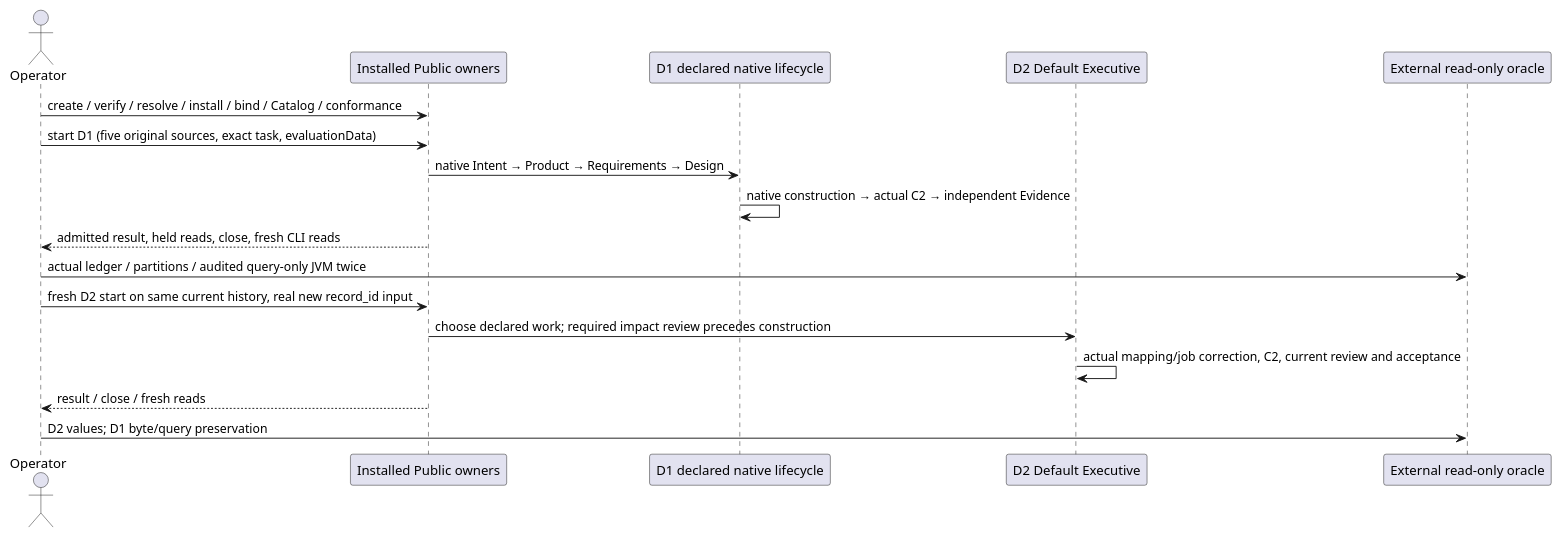
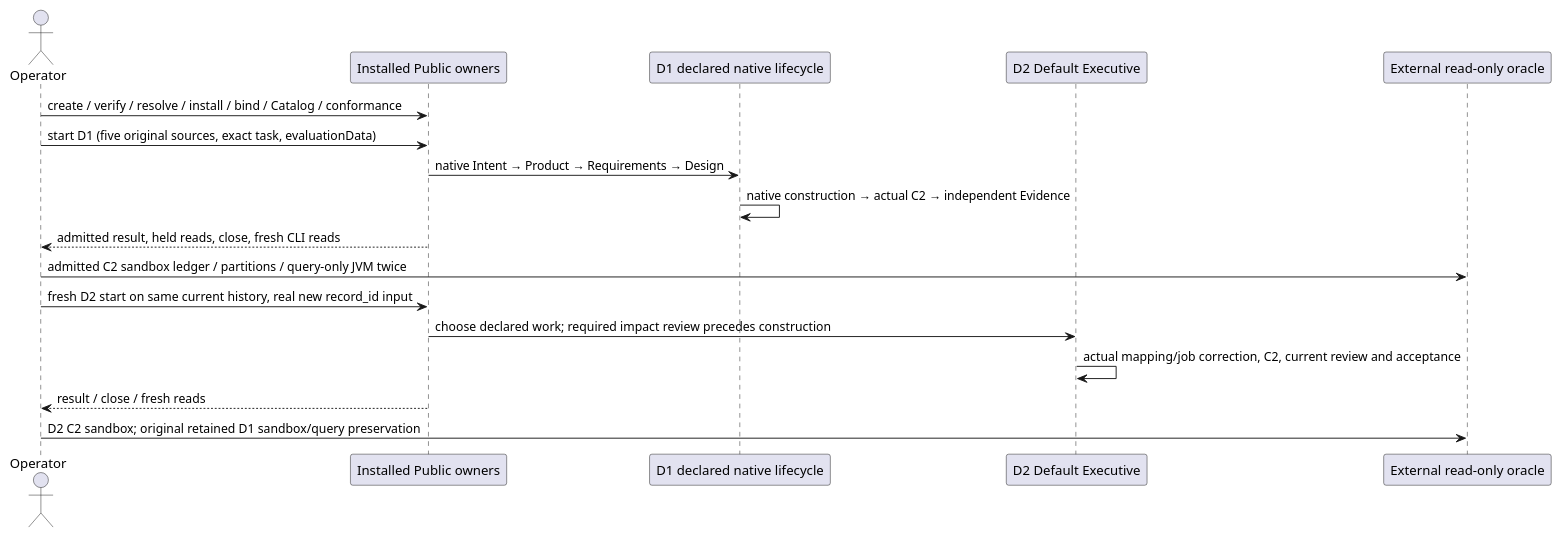
One commit to foolishimp/abiogenesis changed the diagram in .ai-workspace/work/T287_RELEASE_RESUMPTION_01/rc14-release-gap-01/integration-01/s06-preparation-01/README.md. Above: the diagram before and after it, drawn with PlantUML. The commit also changed other lines of this file and 11 other files, not shown here.

Commit message:
fix(controls): bind S06 inputs and admitted C2 sandbox evidence

````diff
--- a/.ai-workspace/work/T287_RELEASE_RESUMPTION_01/rc14-release-gap-01/integration-01/s06-preparation-01/README.md
+++ b/.ai-workspace/work/T287_RELEASE_RESUMPTION_01/rc14-release-gap-01/integration-01/s06-preparation-01/README.md
@@ -53,20 +53,20 @@
 ```plantuml
 @startuml
 actor Operator
 participant "Installed Public owners" as Public
 participant "D1 declared native lifecycle" as D1
 participant "D2 Default Executive" as D2
 participant "External read-only oracle" as Proof
 Operator -> Public: create / verify / resolve / install / bind / Catalog / conformance
 Operator -> Public: start D1 (five original sources, exact task, evaluationData)
 Public -> D1: native Intent → Product → Requirements → Design
 D1 -> D1: native construction → actual C2 → independent Evidence
 Public --> Operator: admitted result, held reads, close, fresh CLI reads
-Operator -> Proof: actual ledger / partitions / audited query-only JVM twice
+Operator -> Proof: admitted C2 sandbox ledger / partitions / query-only JVM twice
 Operator -> Public: fresh D2 start on same current history, real new record_id input
 Public -> D2: choose declared work; required impact review precedes construction
 D2 -> D2: actual mapping/job correction, C2, current review and acceptance
 Public --> Operator: result / close / fresh reads
-Operator -> Proof: D2 values; D1 byte/query preservation
+Operator -> Proof: D2 C2 sandbox; original retained D1 sandbox/query preservation
 @enduml
 ```
````
